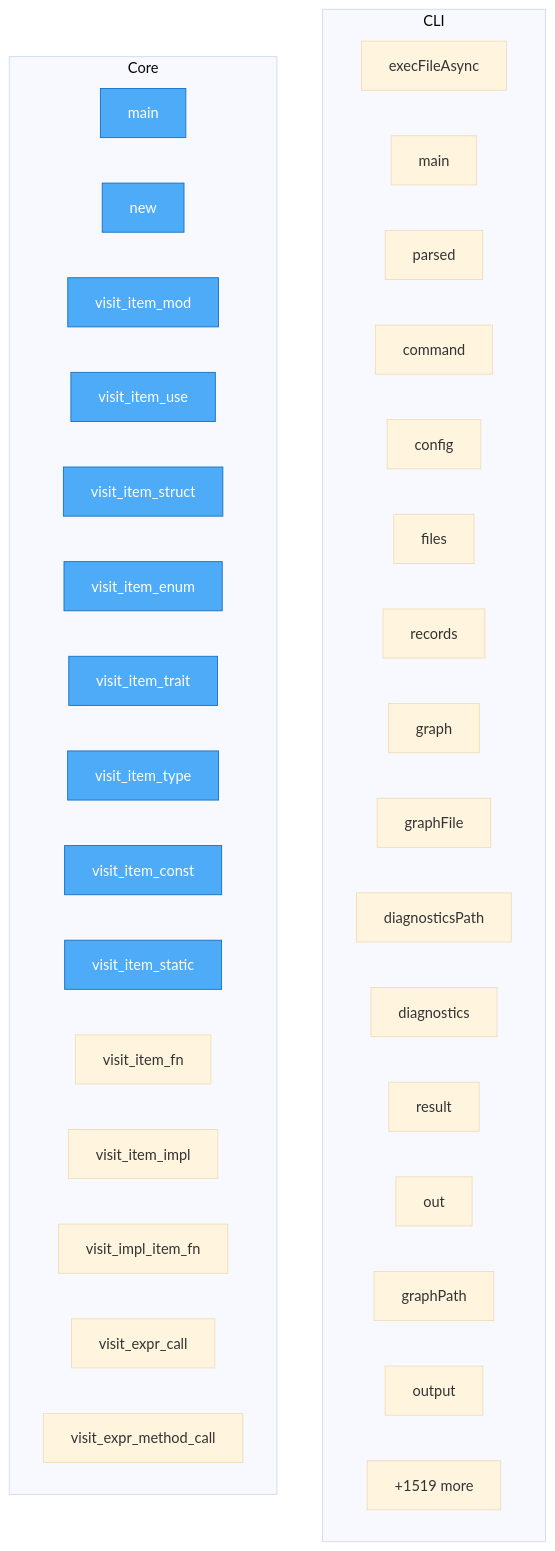
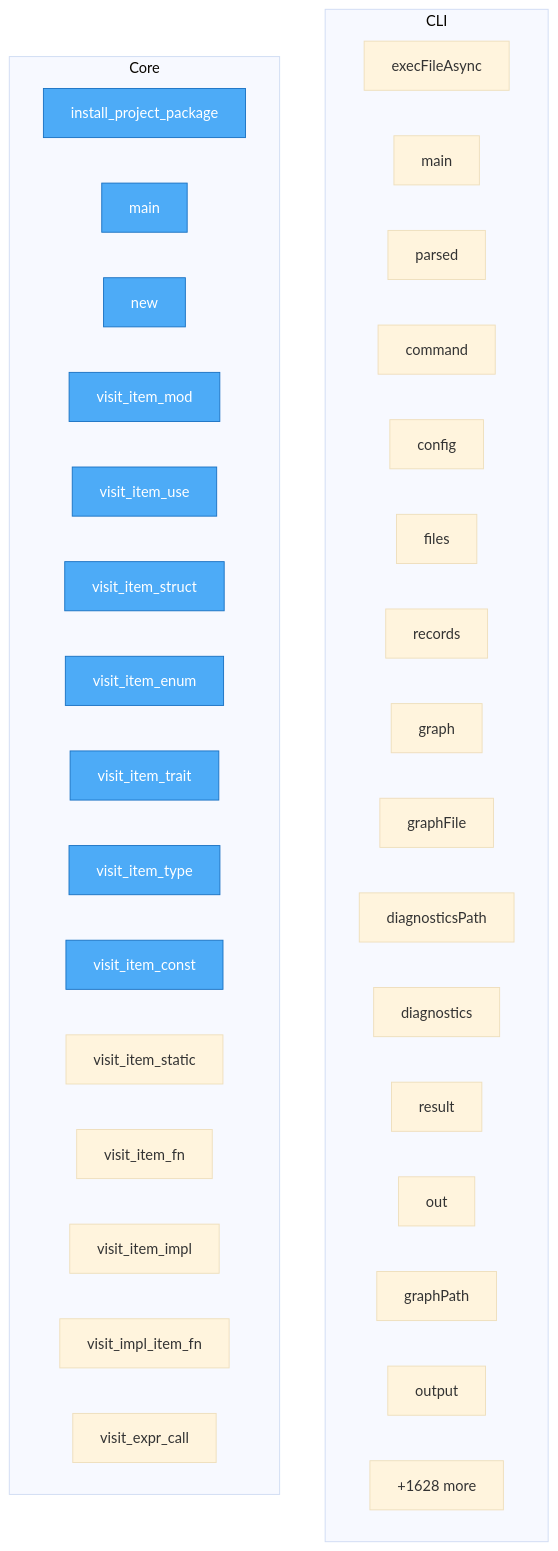
The diagram in project/flow.mmd (autogrammar/todo2code), drawn with Mermaid (base theme) before and after one commit. The commit also changed 51 other files, not shown here.

```diff
--- a/project/flow.mmd
+++ b/project/flow.mmd
@@ -1,45 +1,45 @@
 flowchart TD
-%% generated in 0.03s
+%% generated in 0.04s
 
     %% Entry points (blue)
     classDef entry fill:#4dabf7,stroke:#1971c2,color:#fff
 
     subgraph CLI
         src__cli__execFileAsync["execFileAsync"]
         src__cli__main["main"]
         src__cli__parsed["parsed"]
         src__cli__command["command"]
         src__cli__config["config"]
         src__cli__files["files"]
         src__cli__records["records"]
         src__cli__graph["graph"]
         src__cli__graphFile["graphFile"]
         src__cli__diagnosticsPath["diagnosticsPath"]
         src__cli__diagnostics["diagnostics"]
         src__cli__result["result"]
         src__cli__out["out"]
         src__cli__graphPath["graphPath"]
         src__cli__output["output"]
         ...["+61 more"]
     end
 
     subgraph Core
+        project__install_project_package["install_project_package"]
         rust_ast__src__main__main["main"]
         rust_ast__src__main__new["new"]
         rust_ast__src__main__visit_item_mod["visit_item_mod"]
         rust_ast__src__main__visit_item_use["visit_item_use"]
         rust_ast__src__main__visit_item_struct["visit_item_struct"]
         rust_ast__src__main__visit_item_enum["visit_item_enum"]
         rust_ast__src__main__visit_item_trait["visit_item_trait"]
         rust_ast__src__main__visit_item_type["visit_item_type"]
         rust_ast__src__main__visit_item_const["visit_item_const"]
         rust_ast__src__main__visit_item_static["visit_item_static"]
         rust_ast__src__main__visit_item_fn["visit_item_fn"]
         rust_ast__src__main__visit_item_impl["visit_item_impl"]
         rust_ast__src__main__visit_impl_item_fn["visit_impl_item_fn"]
         rust_ast__src__main__visit_expr_call["visit_expr_call"]
-        rust_ast__src__main__visit_expr_method_call["visit_expr_method_call"]
-        ...["+1519 more"]
+        ...["+1628 more"]
     end
 
-    class rust_ast__src__main__main,rust_ast__src__main__new,rust_ast__src__main__visit_item_mod,rust_ast__src__main__visit_item_use,rust_ast__src__main__visit_item_struct,rust_ast__src__main__visit_item_enum,rust_ast__src__main__visit_item_trait,rust_ast__src__main__visit_item_type,rust_ast__src__main__visit_item_const,rust_ast__src__main__visit_item_static entry
+    class project__install_project_package,rust_ast__src__main__main,rust_ast__src__main__new,rust_ast__src__main__visit_item_mod,rust_ast__src__main__visit_item_use,rust_ast__src__main__visit_item_struct,rust_ast__src__main__visit_item_enum,rust_ast__src__main__visit_item_trait,rust_ast__src__main__visit_item_type,rust_ast__src__main__visit_item_const entry
```
